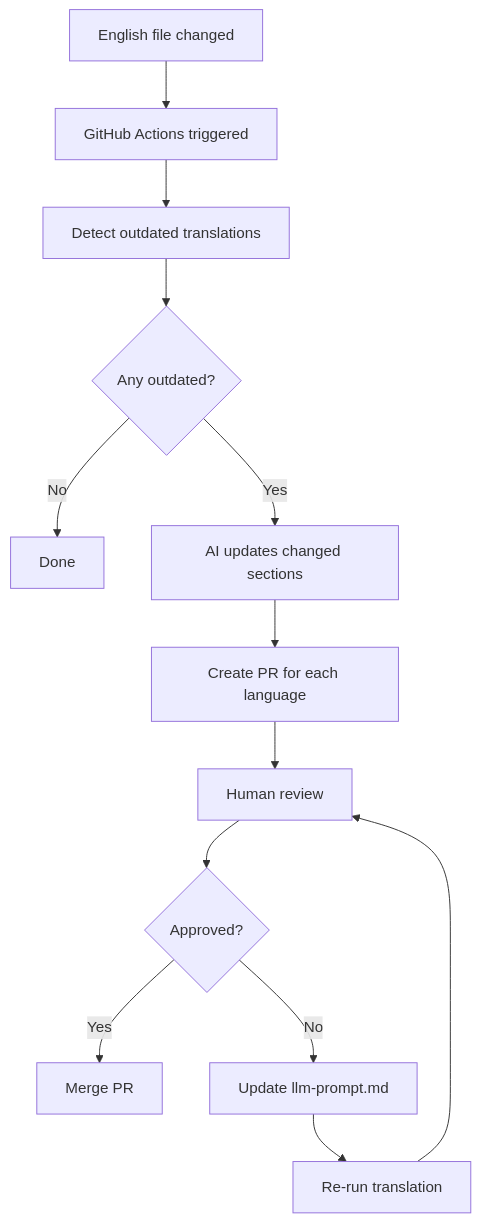
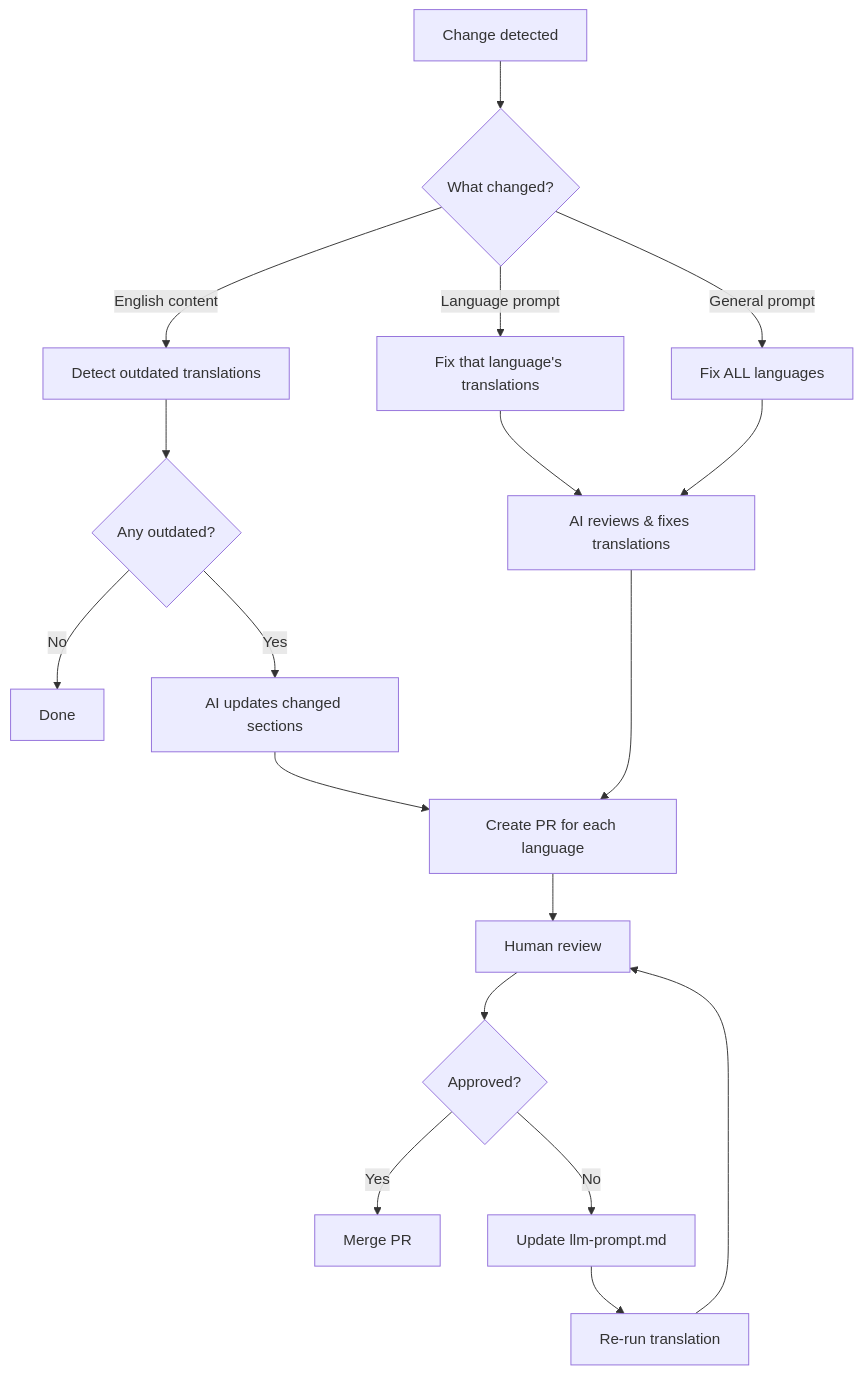
One commit to nextflow-io/training changed the second of 3 diagrams in TRANSLATING.md. Above: the diagram before and after it, drawn with Mermaid. The commit also changed other lines of this file and 1 other file, not shown here.

First line of the commit message:
Update docs for fix-translations command and prompt change automation

````diff
--- a/TRANSLATING.md
+++ b/TRANSLATING.md
@@ -151,15 +154,20 @@
 ```mermaid
 flowchart TD
-    A[English file changed] --> B[GitHub Actions triggered]
-    B --> C[Detect outdated translations]
-    C --> D{Any outdated?}
-    D -->|No| E[Done]
-    D -->|Yes| F[AI updates changed sections]
-    F --> G[Create PR for each language]
-    G --> H[Human review]
-    H --> I{Approved?}
-    I -->|Yes| J[Merge PR]
-    I -->|No| K[Update llm-prompt.md]
-    K --> L[Re-run translation]
-    L --> H
+    A[Change detected] --> B{What changed?}
+    B -->|English content| C[Detect outdated translations]
+    B -->|Language prompt| D[Fix that language's translations]
+    B -->|General prompt| E[Fix ALL languages]
+    C --> F{Any outdated?}
+    F -->|No| G[Done]
+    F -->|Yes| H[AI updates changed sections]
+    D --> I[AI reviews & fixes translations]
+    E --> I
+    H --> J[Create PR for each language]
+    I --> J
+    J --> K[Human review]
+    K --> L{Approved?}
+    L -->|Yes| M[Merge PR]
+    L -->|No| N[Update llm-prompt.md]
+    N --> O[Re-run translation]
+    O --> K
 ```
````
